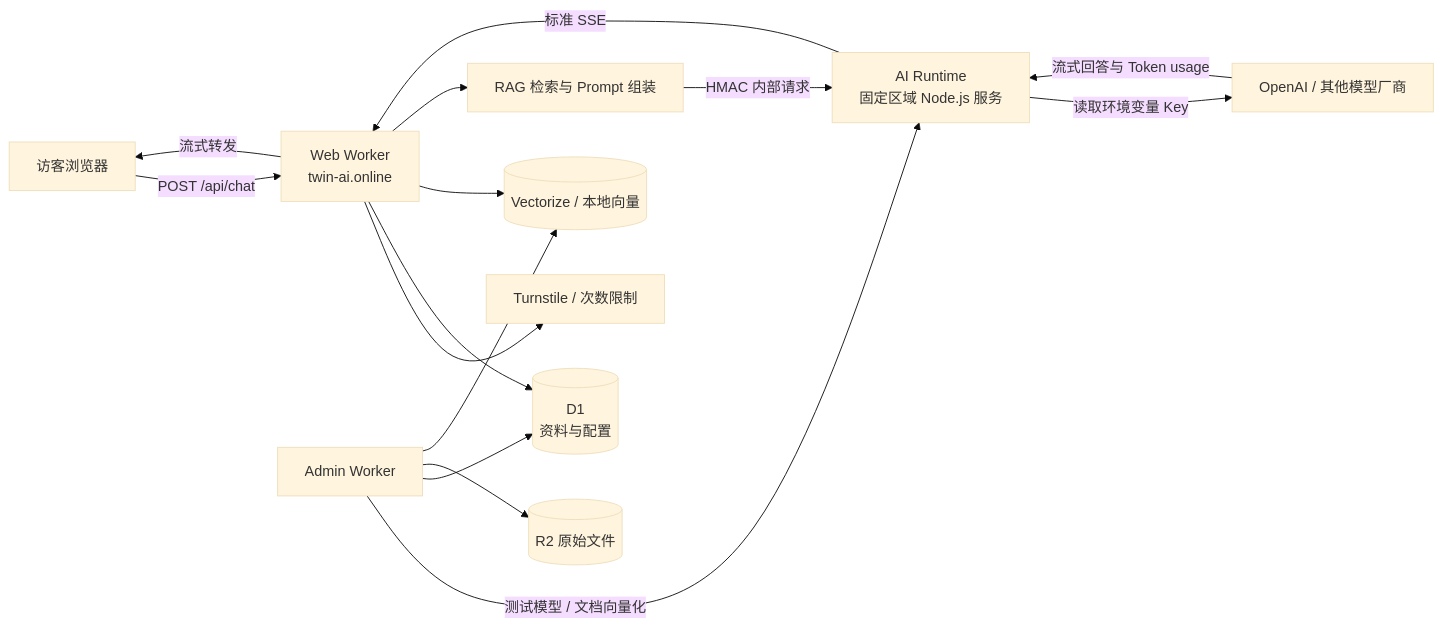
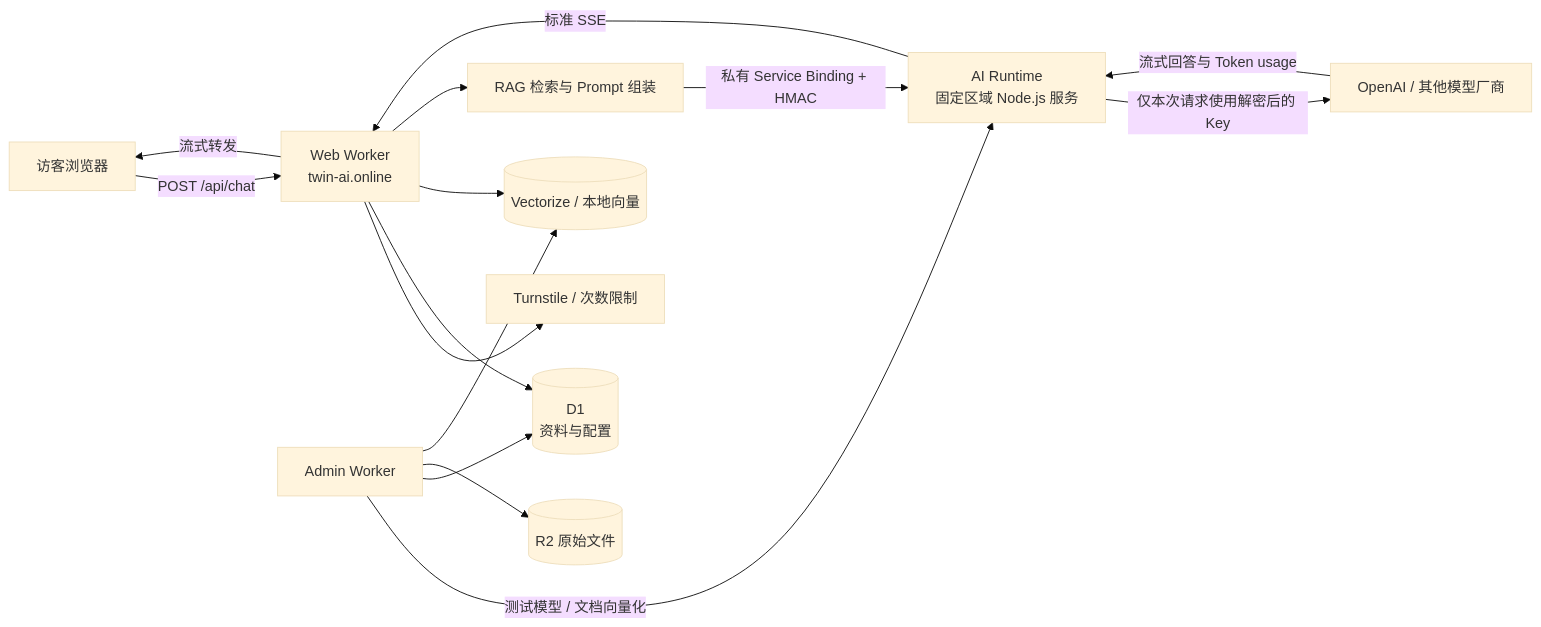
One commit to Ashy6/Bunshin changed the diagram in docs/ai-runtime-architecture.md. Above: the diagram before and after it, drawn with Mermaid (base theme). The commit also changed other lines of this file and 32 other files, not shown here.

````diff
--- a/docs/ai-runtime-architecture.md
+++ b/docs/ai-runtime-architecture.md
@@ -30,20 +30,20 @@
 ```mermaid
 flowchart LR
     U[访客浏览器] -->|POST /api/chat| W[Web Worker<br/>twin-ai.online]
 
     W --> T[Turnstile / 次数限制]
     W --> D1[(D1<br/>资料与配置)]
     W --> V[(Vectorize / 本地向量)]
     W --> R[RAG 检索与 Prompt 组装]
 
-    R -->|HMAC 内部请求| AI[AI Runtime<br/>固定区域 Node.js 服务]
-    AI -->|读取环境变量 Key| O[OpenAI / 其他模型厂商]
+    R -->|私有 Service Binding + HMAC| AI[AI Runtime<br/>固定区域 Node.js 服务]
+    AI -->|仅本次请求使用解密后的 Key| O[OpenAI / 其他模型厂商]
     O -->|流式回答与 Token usage| AI
     AI -->|标准 SSE| W
     W -->|流式转发| U
 
     A[Admin Worker] -->|测试模型 / 文档向量化| AI
     A --> D1
     A --> R2[(R2 原始文件)]
     A --> V
 ```
````
